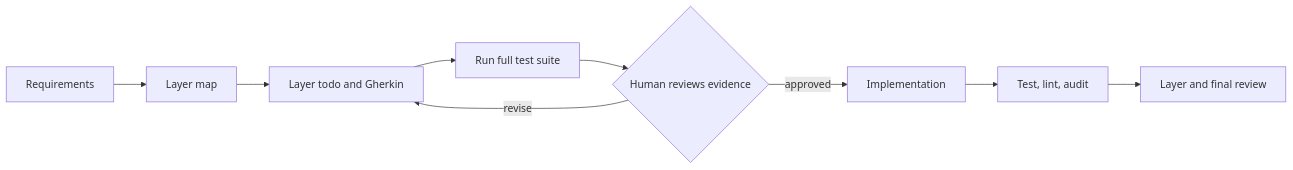
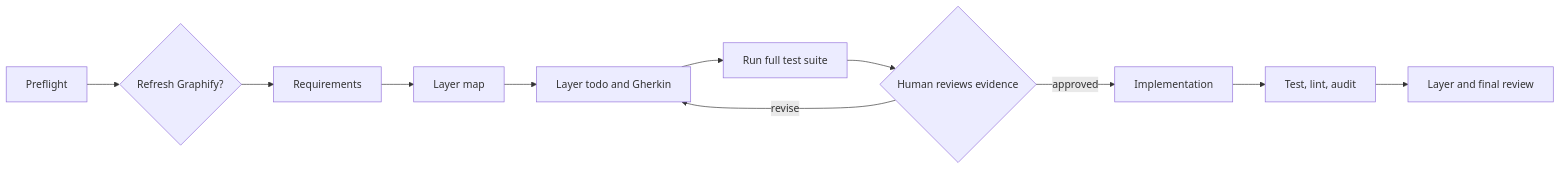
One commit to cdespona/gentle-ai-fork changed the first of 2 diagrams in docs/conductor-layered-tdd.md. Above: the diagram before and after it, drawn with Mermaid. The commit also changed other lines of this file and 17 other files, not shown here.

Commit message:
Add graphify

````diff
--- a/docs/conductor-layered-tdd.md
+++ b/docs/conductor-layered-tdd.md
@@ -30,11 +30,13 @@
 ```mermaid
 flowchart LR
-    R["Requirements"] --> M["Layer map"]
+    P["Preflight"] --> Graphify{"Refresh Graphify?"}
+    Graphify --> R["Requirements"]
+    R --> M["Layer map"]
     M --> T["Layer todo and Gherkin"]
     T --> S["Run full test suite"]
-    S --> G{"Human reviews evidence"}
-    G -->|"approved"| I["Implementation"]
-    G -->|"revise"| T
+    S --> ReviewGate{"Human reviews evidence"}
+    ReviewGate -->|"approved"| I["Implementation"]
+    ReviewGate -->|"revise"| T
     I --> V["Test, lint, audit"]
     V --> F["Layer and final review"]
 ```
````
